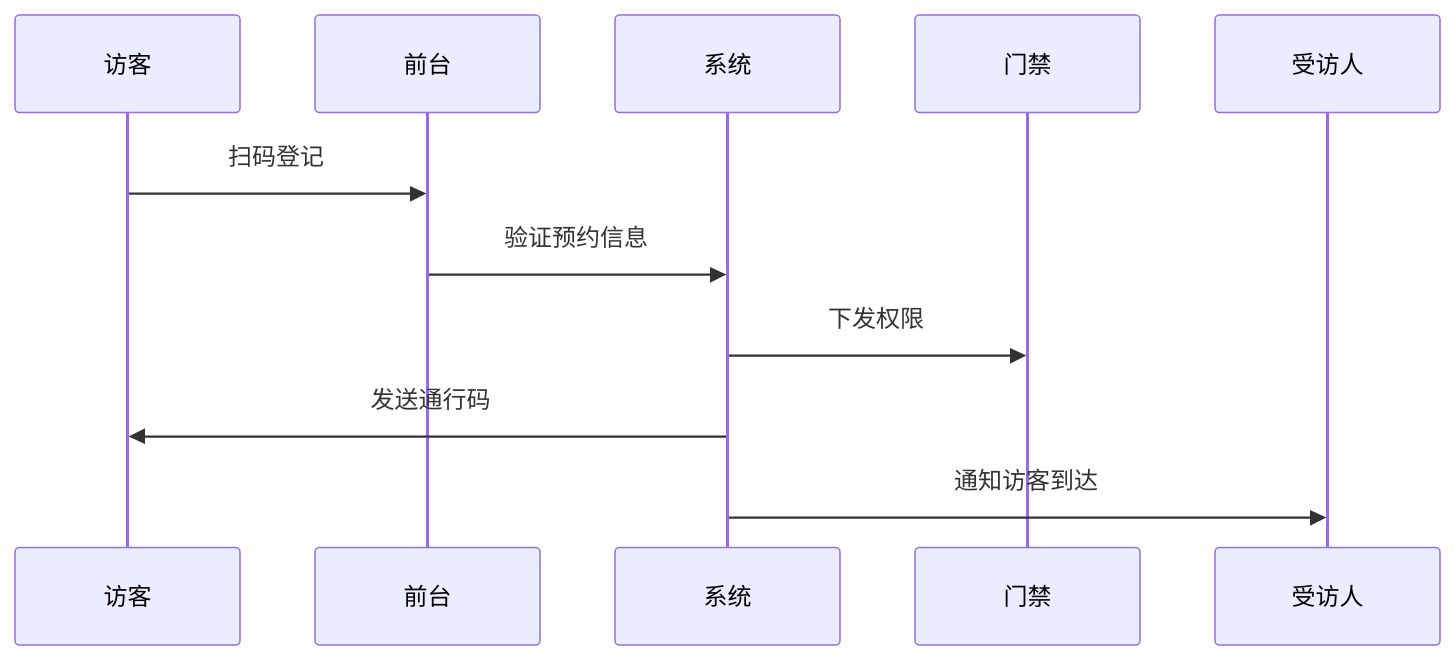
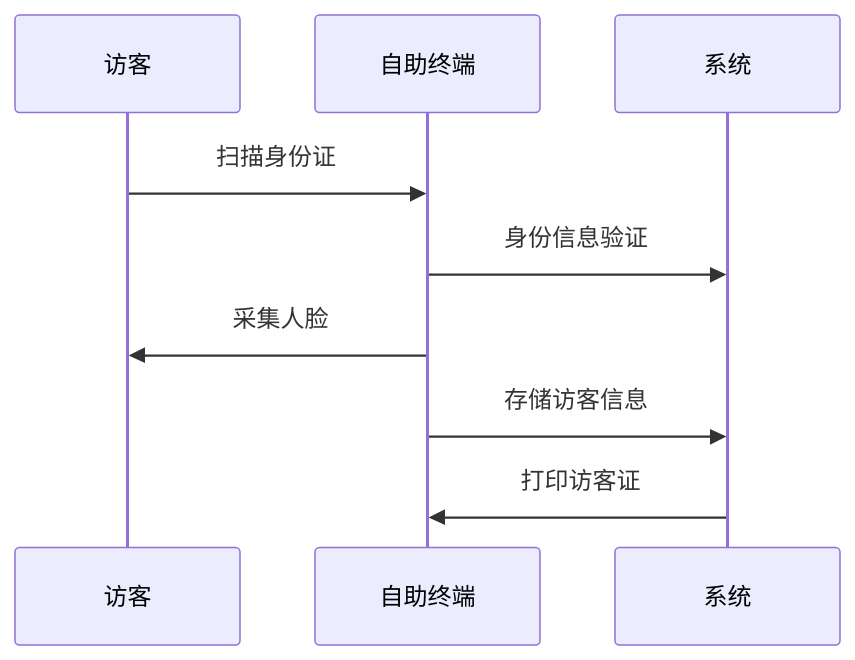
One commit to yuhaibao39/n8ndeploy changed the third of 3 diagrams in devel/outlinedesign.md. Above: the diagram before and after it, drawn with Mermaid. The commit also changed other lines of this file, not shown here.

````diff
--- a/devel/outlinedesign.md
+++ b/devel/outlinedesign.md
@@ -65,8 +81,12 @@
-```mermaid
+```mermaid 
 sequenceDiagram
-    访客->>前台: 扫码登记
-    前台->>系统: 验证预约信息
-    系统->>门禁: 下发权限
-    系统->>访客: 发送通行码
-    系统->>受访人: 通知访客到达
+    participant V as 访客
+    participant K as 自助终端
+    participant S as 系统
+    
+    V->>K: 扫描身份证
+    K->>S: 身份信息验证
+    K->>V: 采集人脸
+    K->>S: 存储访客信息
+    S->>K: 打印访客证
 ```
````
